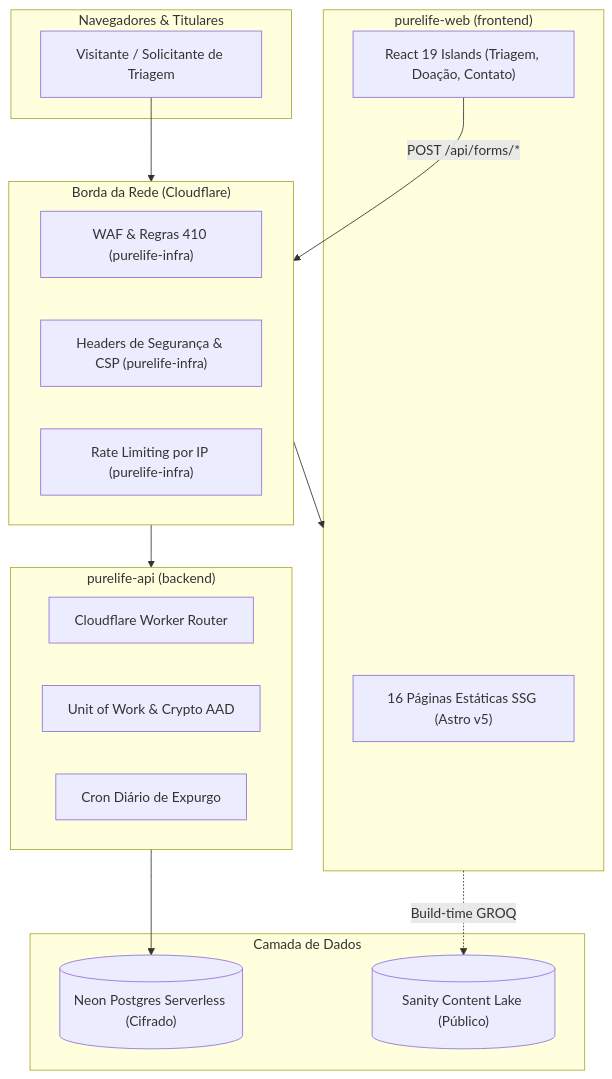
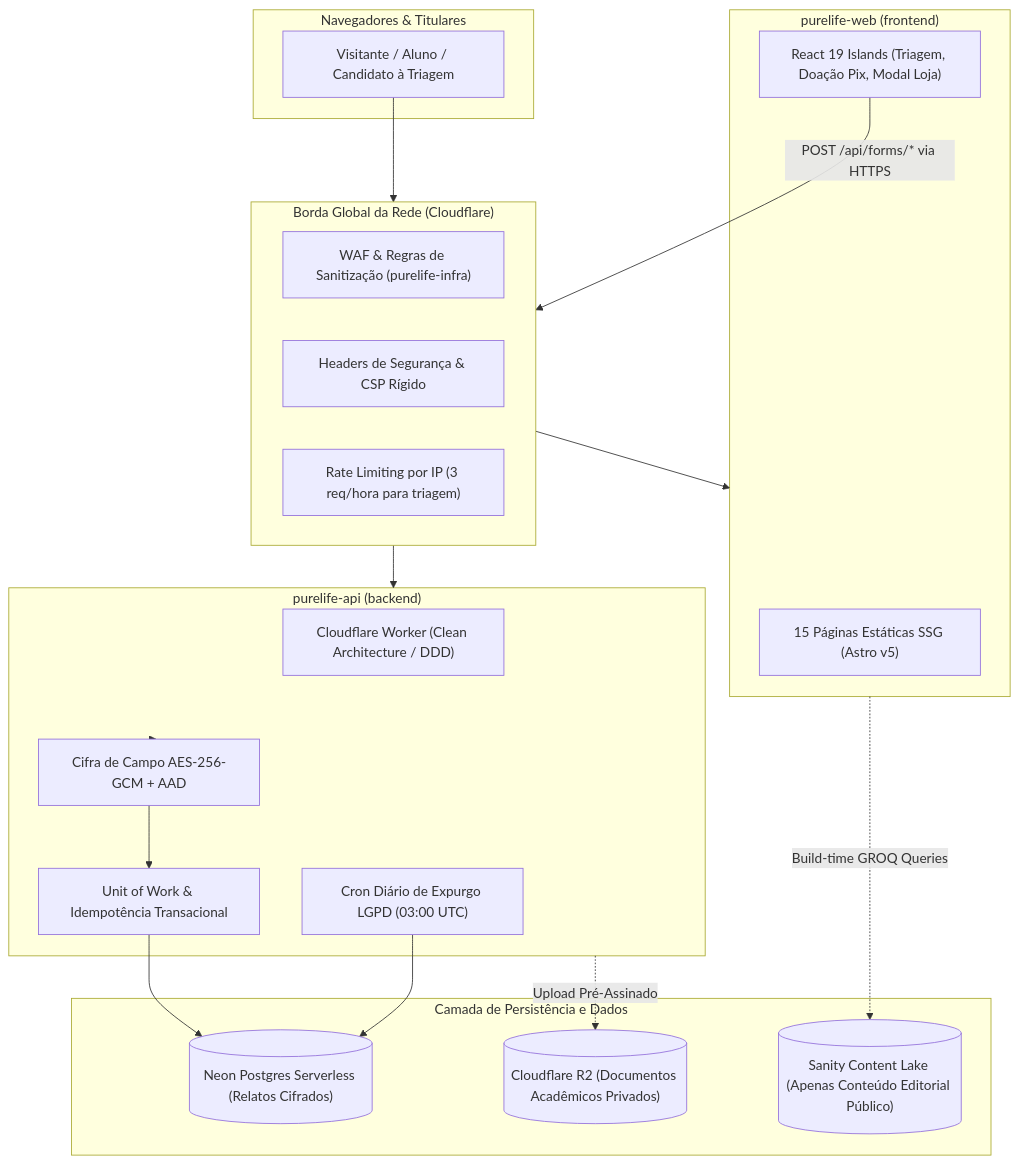
The diagram in architecture/system-overview.md (purelifeministriesbrasil/documentation), drawn with Mermaid before and after one commit. The commit also changed other lines of this file and 1 other file, not shown here.

Commit message:
docs(architecture): add canonical sequence diagrams and expand system overview

````diff
--- a/architecture/system-overview.md
+++ b/architecture/system-overview.md
@@ -18,35 +24,39 @@
 ```mermaid
 graph TD
-    subgraph Edge ["Borda da Rede (Cloudflare)"]
-        WAF["WAF & Regras 410 (purelife-infra)"]
-        Headers["Headers de Segurança & CSP (purelife-infra)"]
-        RateLimit["Rate Limiting por IP (purelife-infra)"]
+    subgraph Edge ["Borda Global da Rede (Cloudflare)"]
+        WAF["WAF & Regras de Sanitização (purelife-infra)"]
+        Headers["Headers de Segurança & CSP Rígido"]
+        RateLimit["Rate Limiting por IP (3 req/hora para triagem)"]
     end
 
     subgraph Client ["Navegadores & Titulares"]
-        Visitor["Visitante / Solicitante de Triagem"]
+        Visitor["Visitante / Aluno / Candidato à Triagem"]
     end
 
     subgraph Presentation ["purelife-web (frontend)"]
-        AstroPages["16 Páginas Estáticas SSG (Astro v5)"]
-        Islands["React 19 Islands (Triagem, Doação, Contato)"]
+        AstroPages["15 Páginas Estáticas SSG (Astro v5)"]
+        Islands["React 19 Islands (Triagem, Doação Pix, Modal Loja)"]
     end
 
     subgraph API ["purelife-api (backend)"]
-        Worker["Cloudflare Worker Router"]
-        UoW["Unit of Work & Crypto AAD"]
-        PurgeCron["Cron Diário de Expurgo"]
+        Worker["Cloudflare Worker (Clean Architecture / DDD)"]
+        CryptoEngine["Cifra de Campo AES-256-GCM + AAD"]
+        UoW["Unit of Work & Idempotência Transacional"]
+        PurgeCron["Cron Diário de Expurgo LGPD (03:00 UTC)"]
     end
 
-    subgraph Storage ["Camada de Dados"]
-        NeonDB[("Neon Postgres Serverless (Cifrado)")]
-        SanityCMS[("Sanity Content Lake (Público)")]
+    subgraph Storage ["Camada de Persistência e Dados"]
+        NeonDB[("Neon Postgres Serverless (Relatos Cifrados)")]
+        R2Bucket[("Cloudflare R2 (Documentos Acadêmicos Privados)")]
+        SanityCMS[("Sanity Content Lake (Apenas Conteúdo Editorial Público)")]
     end
 
     Visitor --> Edge
     Edge --> Presentation
-    Islands -->|POST /api/forms/*| Edge
+    Islands -->|POST /api/forms/* via HTTPS| Edge
     Edge --> API
-    API --> NeonDB
-    Presentation -.->|Build-time GROQ| SanityCMS
+    API --> CryptoEngine --> UoW --> NeonDB
+    API -.->|Upload Pré-Assinado| R2Bucket
+    PurgeCron --> NeonDB
+    Presentation -.->|Build-time GROQ Queries| SanityCMS
 ```
````
